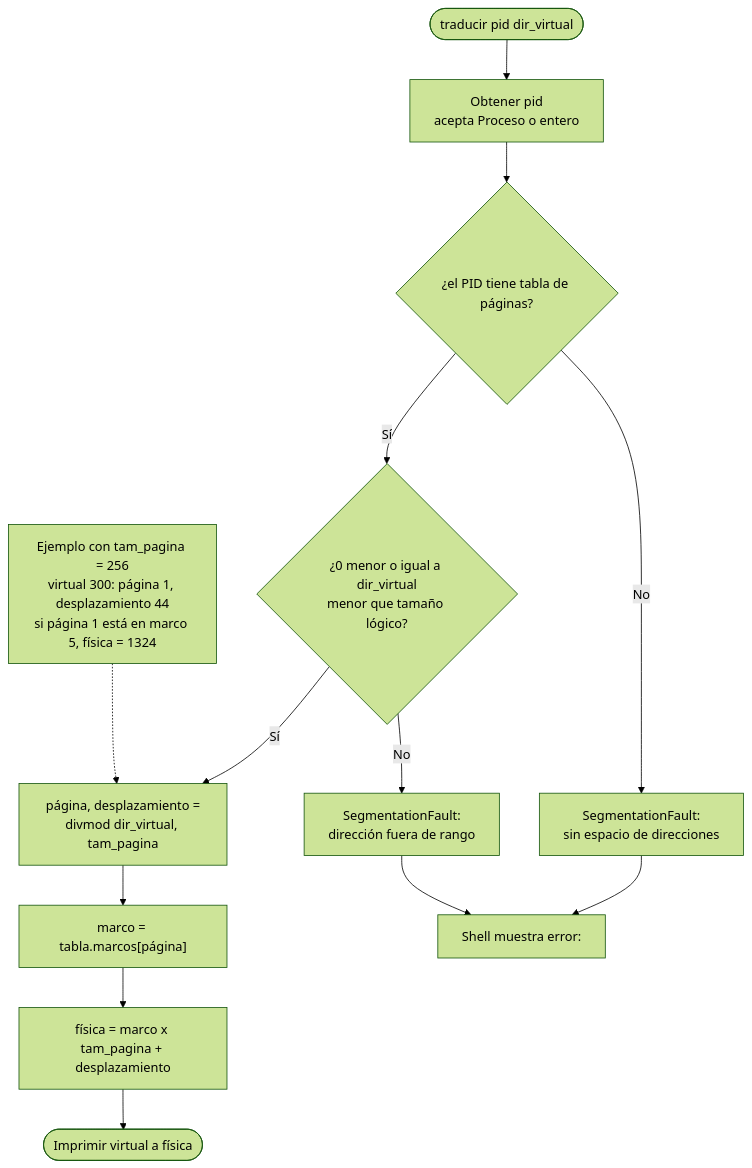
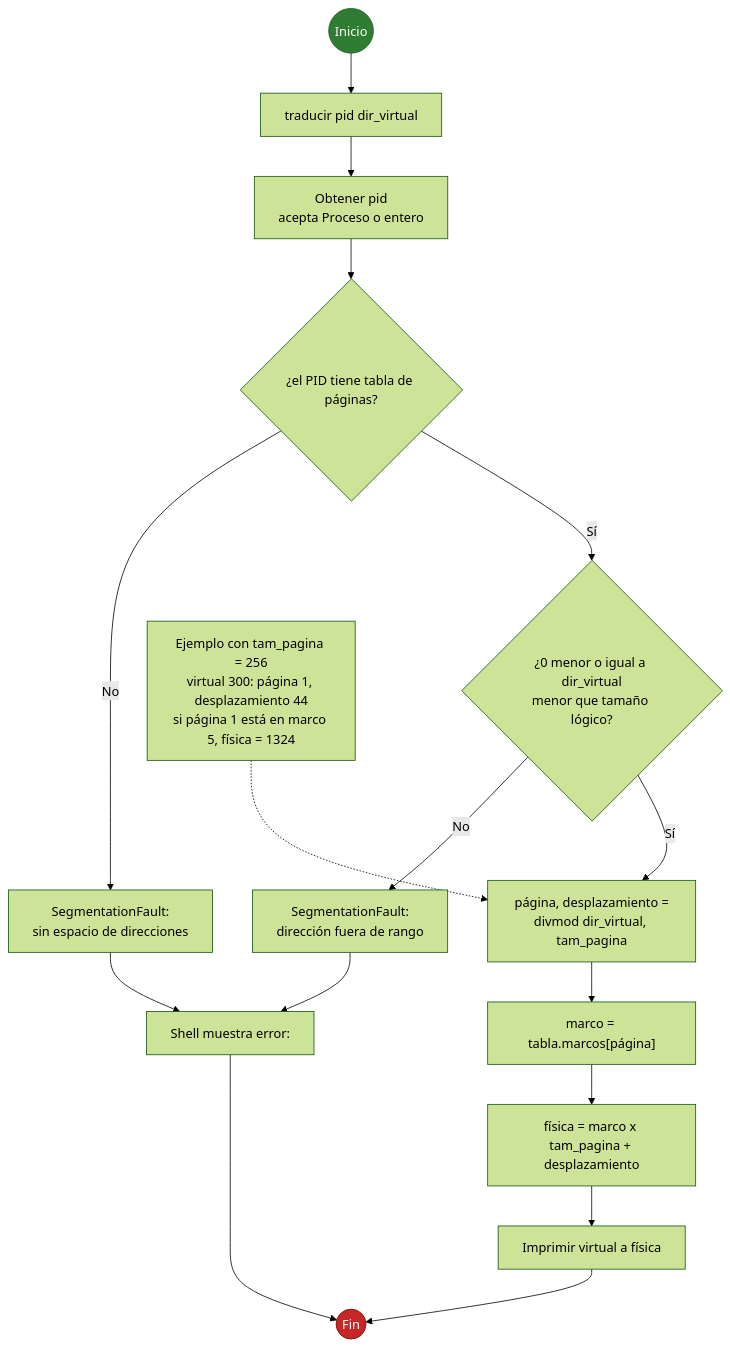
Before and after one commit to mjoacobf/SI421V_SW407V_Proyecto: the diagram in docs/flujogramas/17_traduccion_direccion_virtual.mmd, drawn with Mermaid (forest theme). The commit also changed 24 other files, not shown here.

```diff
--- a/docs/flujogramas/17_traduccion_direccion_virtual.mmd
+++ b/docs/flujogramas/17_traduccion_direccion_virtual.mmd
@@ -1,15 +1,23 @@
 flowchart TD
-    A(["traducir pid dir_virtual"]) --> B["Obtener pid<br/>acepta Proceso o entero"]
+    INI(("Inicio")) --> A["traducir pid dir_virtual"]
+    A --> B["Obtener pid<br/>acepta Proceso o entero"]
     B --> C{"¿el PID tiene tabla de páginas?"}
     C -- "No" --> E1["SegmentationFault:<br/>sin espacio de direcciones"]
     C -- "Sí" --> D{"¿0 menor o igual a dir_virtual<br/>menor que tamaño lógico?"}
     D -- "No" --> E2["SegmentationFault:<br/>dirección fuera de rango"]
     D -- "Sí" --> F["página, desplazamiento =<br/>divmod dir_virtual, tam_pagina"]
     F --> G["marco = tabla.marcos[página]"]
     G --> H["física = marco x tam_pagina + desplazamiento"]
-    H --> I(["Imprimir virtual a física"])
+    H --> I["Imprimir virtual a física"]
+    I --> FIN(("Fin"))
     E1 --> S["Shell muestra error:"]
+    S --> FIN
     E2 --> S
 
     EJ["Ejemplo con tam_pagina = 256<br/>virtual 300: página 1, desplazamiento 44<br/>si página 1 está en marco 5, física = 1324"]
     EJ -.-> F
+
+    classDef inicio fill:#2e7d32,stroke:#1b5e20,color:#ffffff
+    classDef fin fill:#c62828,stroke:#7f0000,color:#ffffff
+    class INI inicio
+    class FIN fin
```
